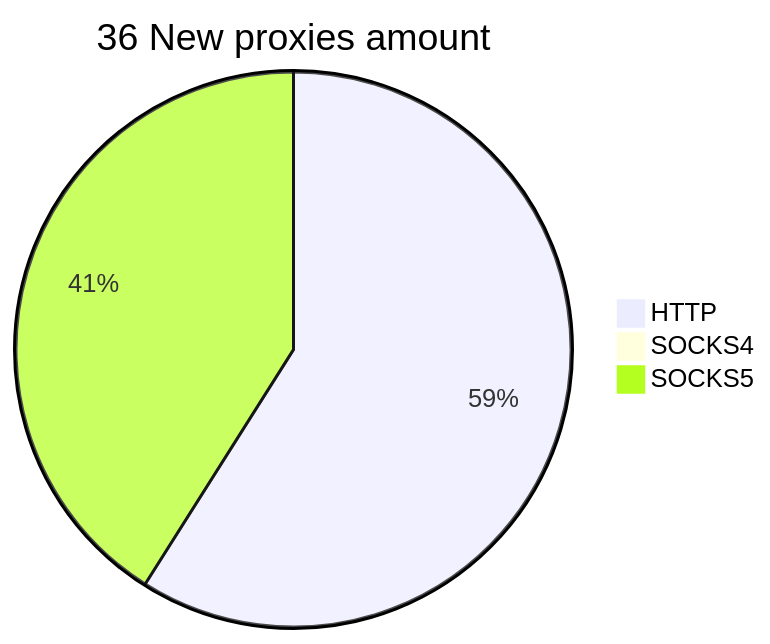
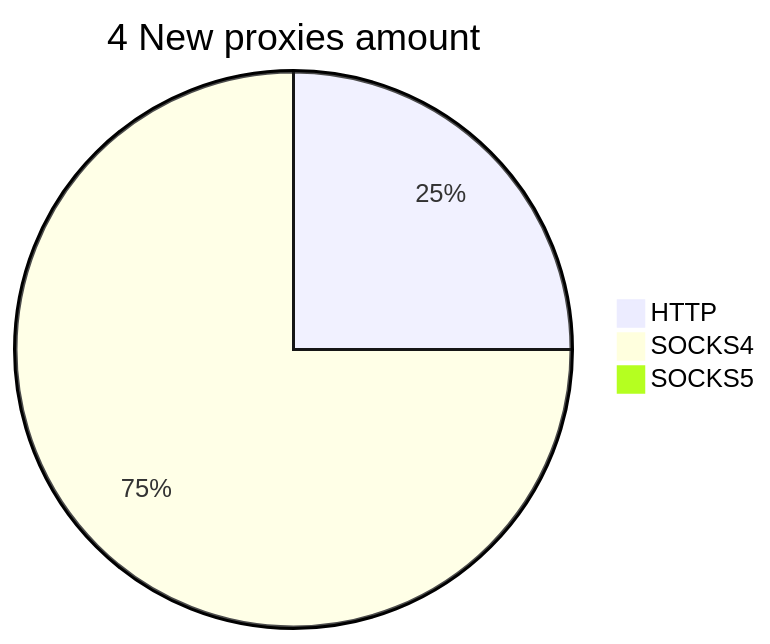
Before and after one commit to cutipu/proxylist: the second of 2 diagrams in README.md, drawn with Mermaid. The commit also changed other lines of this file, not shown here.

````diff
--- a/README.md
+++ b/README.md
@@ -10,6 +10,6 @@
 ```mermaid
-pie title 36 New proxies amount
-    "HTTP" : 23
-    "SOCKS4" : 0
-    "SOCKS5" : 16
+pie title 4 New proxies amount
+    "HTTP" : 1
+    "SOCKS4" : 3
+    "SOCKS5" : 0
 ```
````
